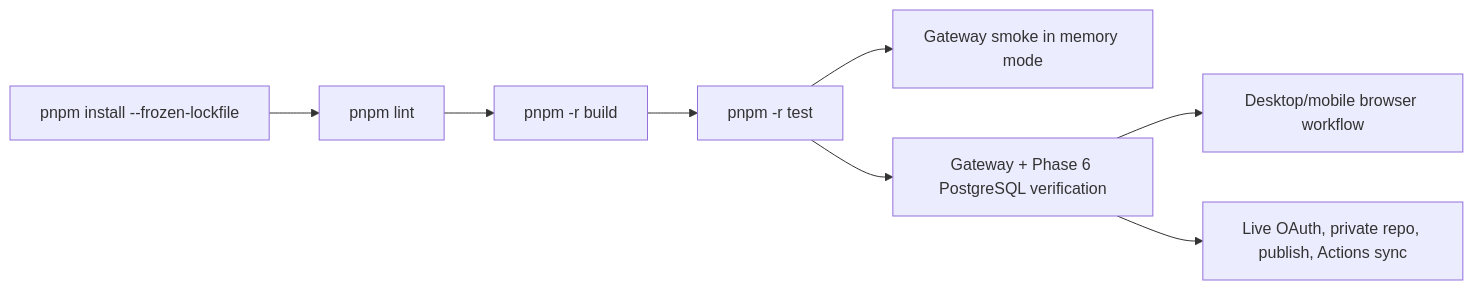
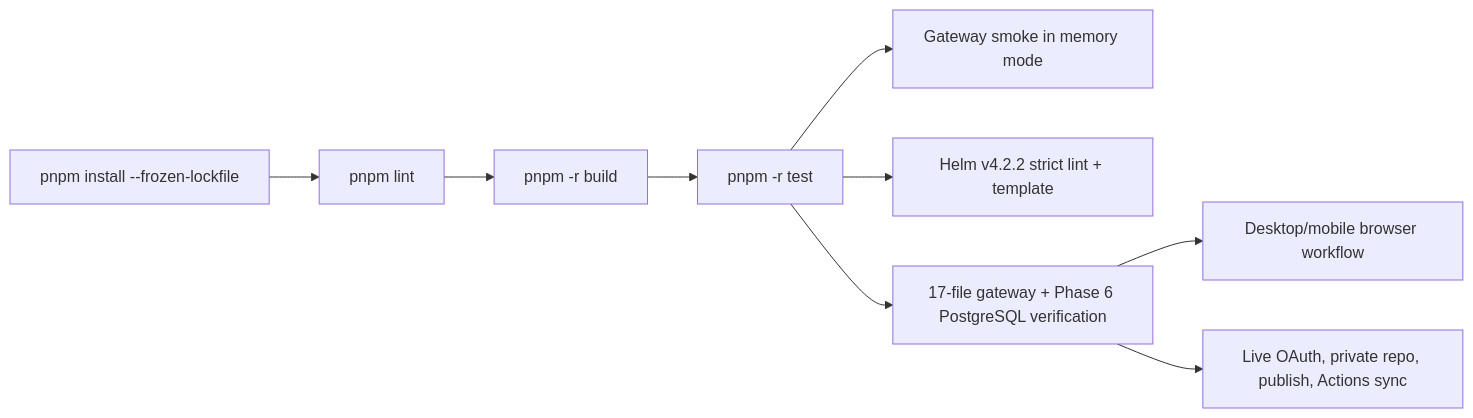
Before and after one commit to devkumarbaheti2507/BuildSphere: the tenth of 10 diagrams in docs/15_PROJECT_KNOWLEDGE_GRAPH.md, drawn with Mermaid. The commit also changed other lines of this file and 41 other files, not shown here.

Commit message:
feat: add Phase 7 Helm chart generation

````diff
--- a/docs/15_PROJECT_KNOWLEDGE_GRAPH.md
+++ b/docs/15_PROJECT_KNOWLEDGE_GRAPH.md
@@ -544,10 +554,11 @@
 ```mermaid
 flowchart LR
   Install[pnpm install --frozen-lockfile] --> Lint[pnpm lint]
   Lint --> Build[pnpm -r build]
   Build --> Tests[pnpm -r test]
   Tests --> MemorySmoke[Gateway smoke in memory mode]
-  Tests --> PostgresSmoke[Gateway + Phase 6 PostgreSQL verification]
+  Tests --> HelmLint[Helm v4.2.2 strict lint + template]
+  Tests --> PostgresSmoke[17-file gateway + Phase 6 PostgreSQL verification]
   PostgresSmoke --> Browser[Desktop/mobile browser workflow]
   PostgresSmoke --> LiveGitHub[Live OAuth, private repo, publish, Actions sync]
 ```
````
